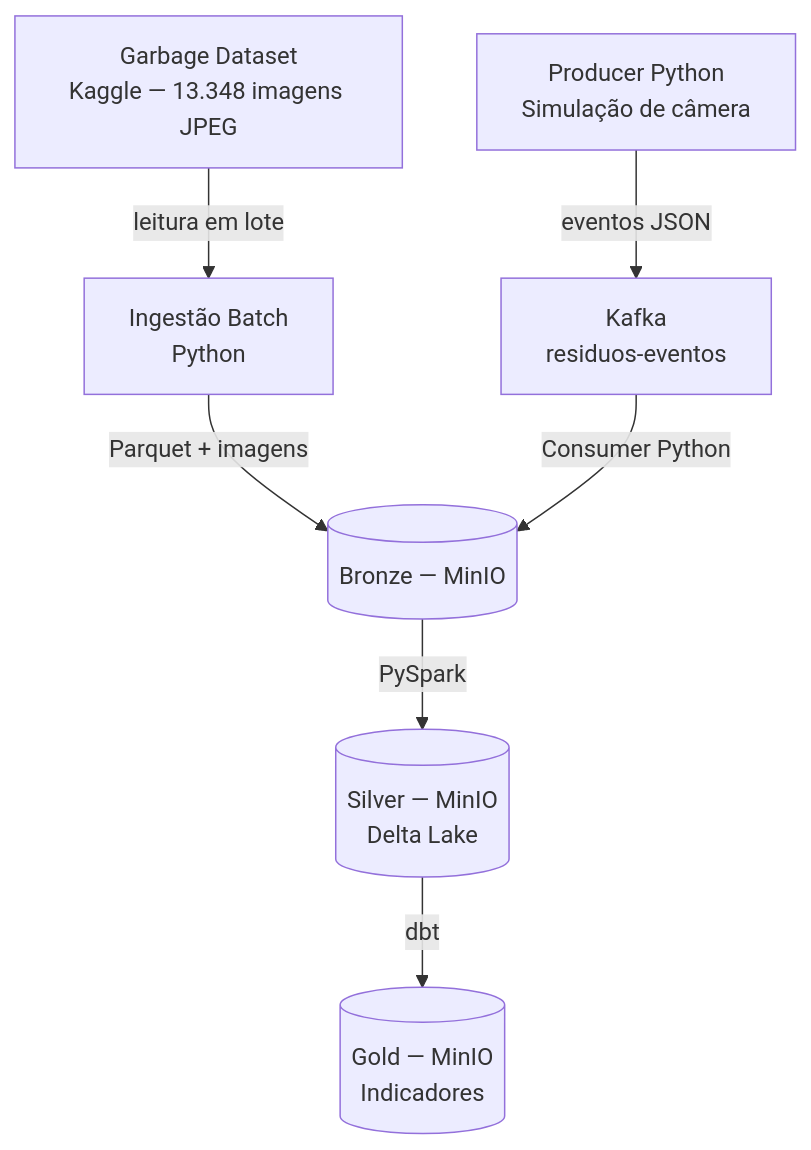
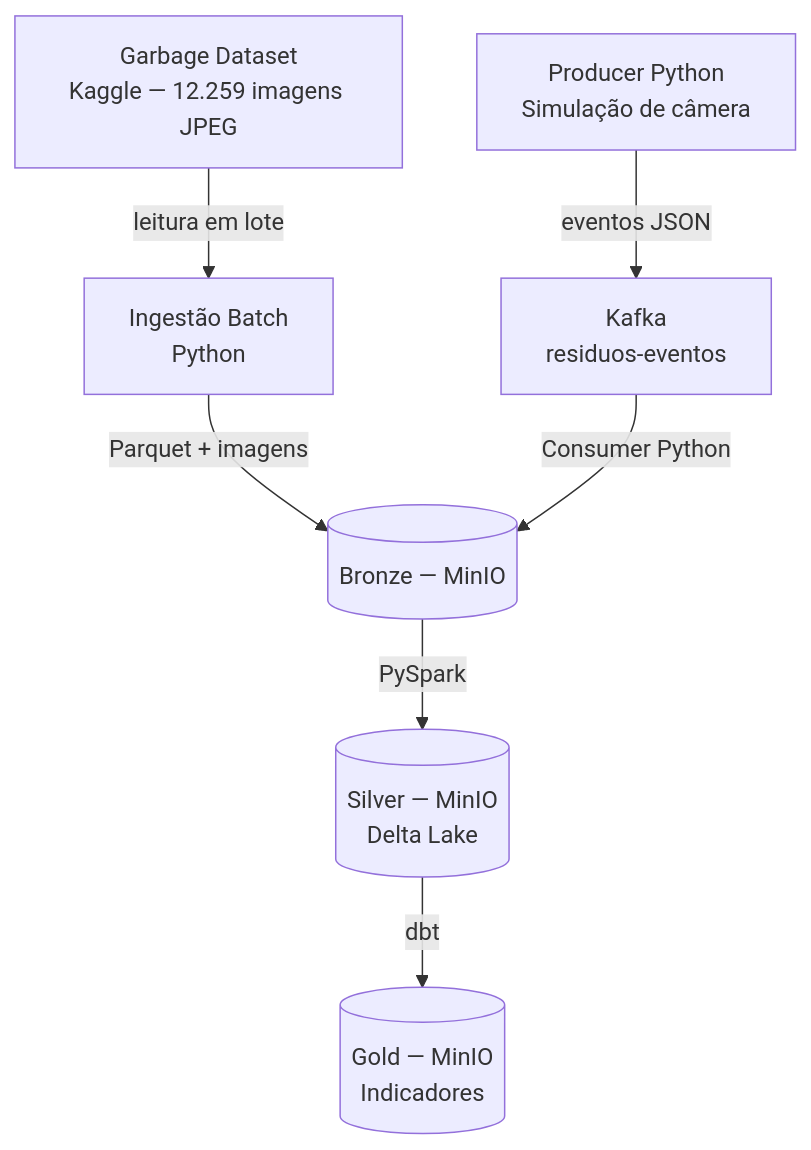
One commit to leonardoamaral90/uniceub_ecosort_eng216 changed the diagram in docs/02-dados.md. Above: the diagram before and after it, drawn with Mermaid. The commit also changed other lines of this file, not shown here.

Commit message:
Correct image count for Garbage Dataset

````diff
--- a/docs/02-dados.md
+++ b/docs/02-dados.md
@@ -66,11 +66,11 @@
 ```mermaid
 graph TD
-    A[Garbage Dataset\nKaggle — 13.348 imagens JPEG] -->|leitura em lote| B[Ingestão Batch\nPython]
+    A[Garbage Dataset\nKaggle — 12.259 imagens JPEG] -->|leitura em lote| B[Ingestão Batch\nPython]
     C[Producer Python\nSimulação de câmera] -->|eventos JSON| D[Kafka\nresiduos-eventos]
 
     B -->|Parquet + imagens| E[(Bronze — MinIO)]
     D -->|Consumer Python| E
 
     E -->|PySpark| F[(Silver — MinIO\nDelta Lake)]
     F -->|dbt| G[(Gold — MinIO\nIndicadores)]
 ```
````
